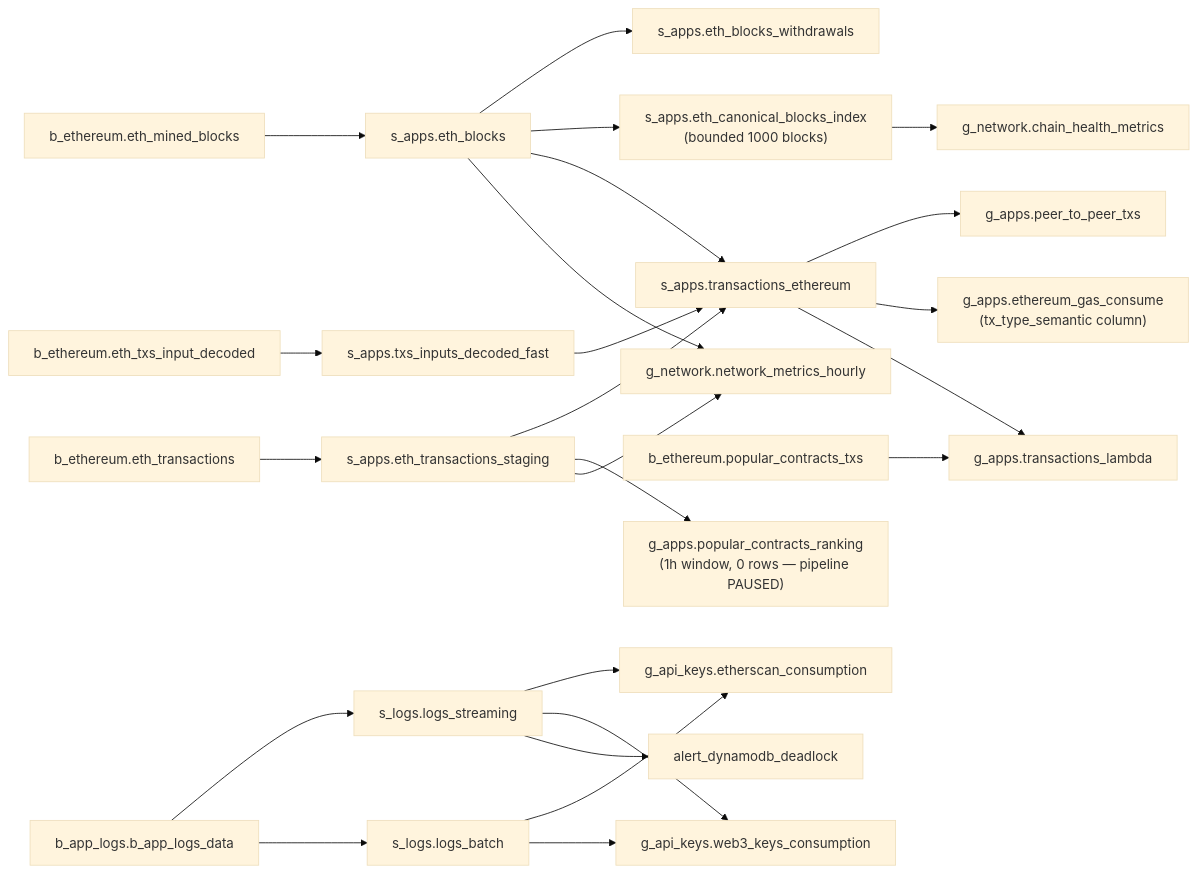
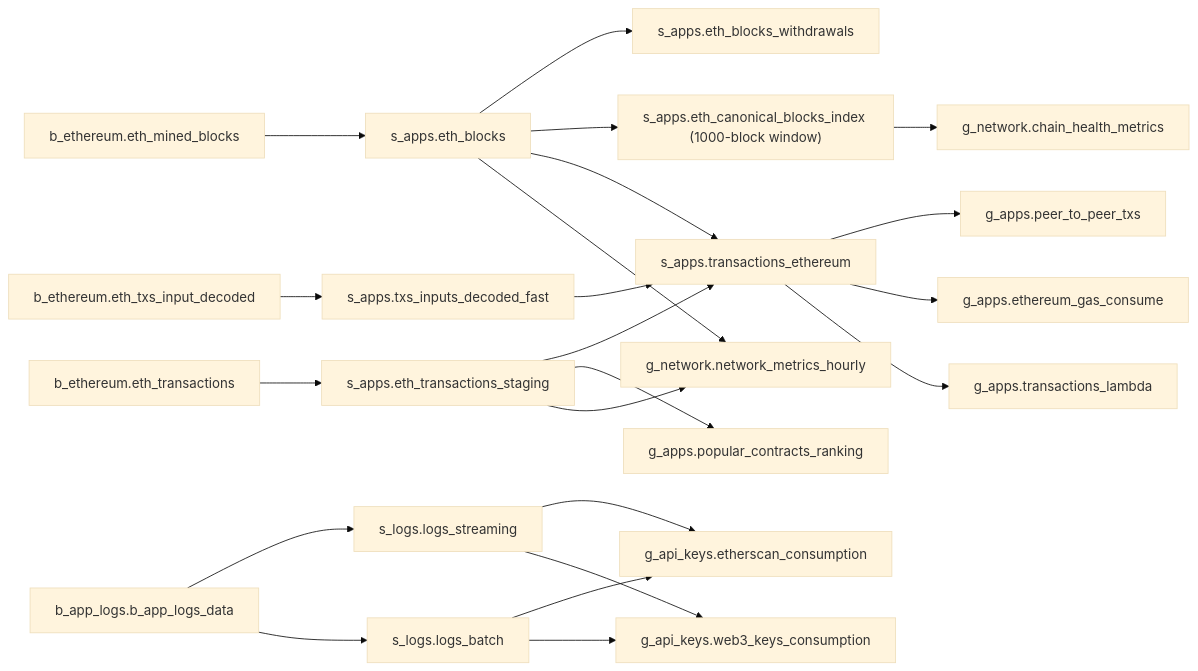
One commit to marcoaureliomenezes/dd_chain_explorer changed the diagram in specs/memory/product/data-catalog.md. Above: the diagram before and after it, drawn with Mermaid (base theme). The commit also changed other lines of this file and 15 other files, not shown here.

````diff
--- a/specs/memory/product/data-catalog.md
+++ b/specs/memory/product/data-catalog.md
@@ -171,21 +135,19 @@
 ```mermaid
 flowchart LR
   BLK["b_ethereum.eth_mined_blocks"] --> EBLK["s_apps.eth_blocks"]
   EBLK --> EBW["s_apps.eth_blocks_withdrawals"]
-  EBLK --> ECBI["s_apps.eth_canonical_blocks_index\n(bounded 1000 blocks)"]
+  EBLK --> ECBI["s_apps.eth_canonical_blocks_index (1000-block window)"]
   BTXS["b_ethereum.eth_transactions"] --> ETS["s_apps.eth_transactions_staging"]
   BDEC["b_ethereum.eth_txs_input_decoded"] --> TIF["s_apps.txs_inputs_decoded_fast"]
   ETS & TIF & EBLK --> TE["s_apps.transactions_ethereum"]
-  ETS --> PCR["g_apps.popular_contracts_ranking\n(1h window, 0 rows — pipeline PAUSED)"]
+  ETS --> PCR["g_apps.popular_contracts_ranking"]
   TE --> P2P["g_apps.peer_to_peer_txs"]
-  TE --> EGC["g_apps.ethereum_gas_consume\n(tx_type_semantic column)"]
+  TE --> EGC["g_apps.ethereum_gas_consume"]
   TE --> TL["g_apps.transactions_lambda"]
-  BTXS2["b_ethereum.popular_contracts_txs"] --> TL
   EBLK & ETS --> NMH["g_network.network_metrics_hourly"]
   ECBI --> CHM["g_network.chain_health_metrics"]
   BLOG["b_app_logs.b_app_logs_data"] --> LST["s_logs.logs_streaming"]
   BLOG --> LBT["s_logs.logs_batch"]
   LST & LBT --> EC["g_api_keys.etherscan_consumption"]
   LST & LBT --> WKC["g_api_keys.web3_keys_consumption"]
-  LST --> ALT["alert_dynamodb_deadlock"]
 ```
````
